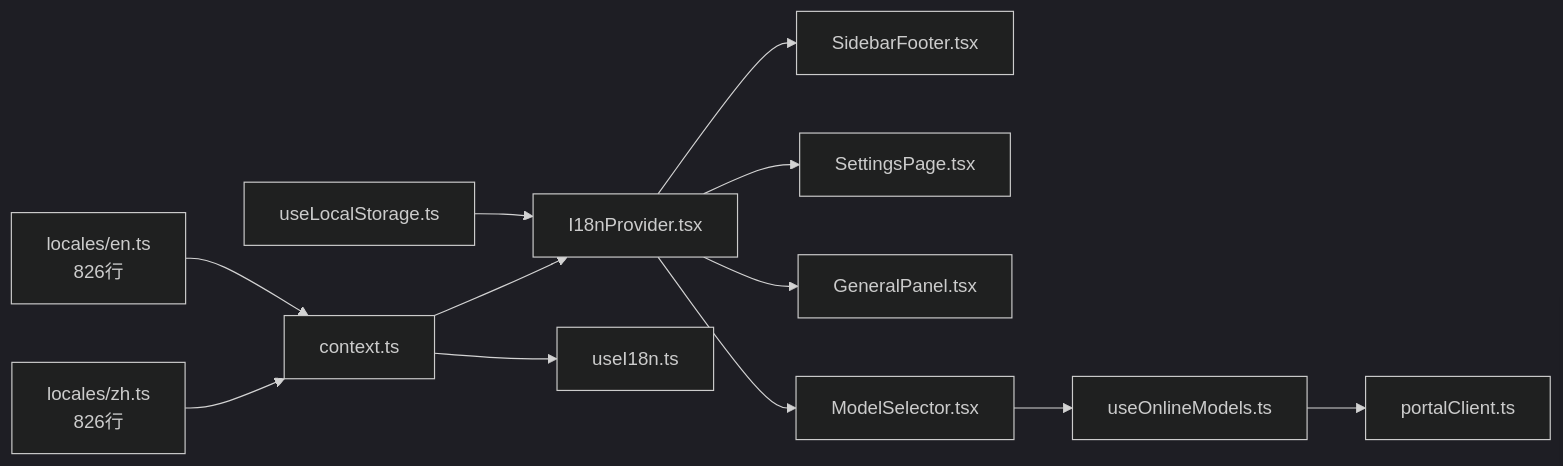
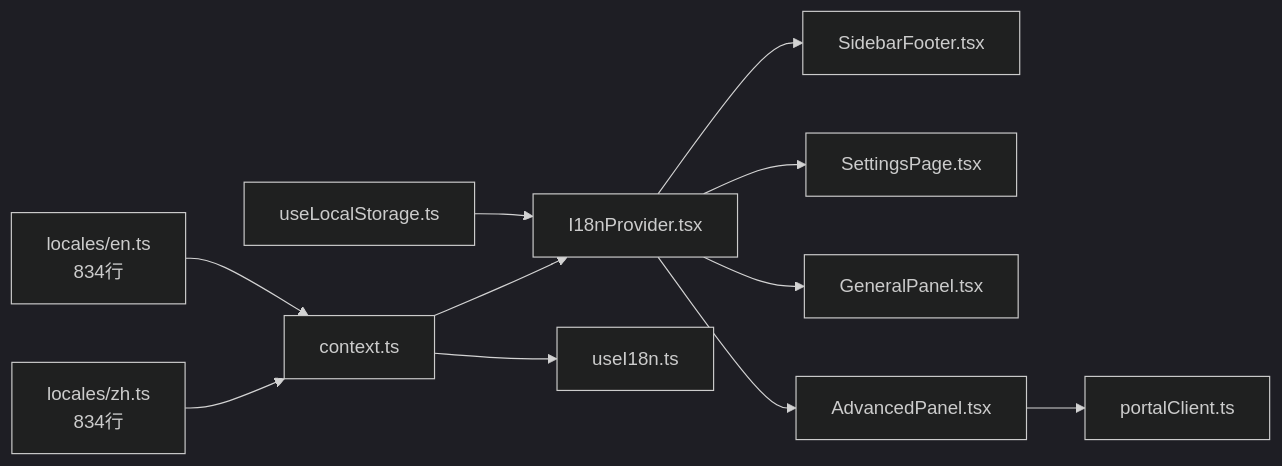
One commit to RabbitAI-Lab/RabbitCoding changed the seventh of 7 diagrams in .qoder/repowiki/zh/content/国际化支持.md. Above: the diagram before and after it, drawn with Mermaid (dark theme). The commit also changed other lines of this file and 36 other files, not shown here.

````diff
--- a/.qoder/repowiki/zh/content/国际化支持.md
+++ b/.qoder/repowiki/zh/content/国际化支持.md
@@ -340,14 +333,13 @@
 ```mermaid
 graph LR
 LS["useLocalStorage.ts"] --> IDX["I18nProvider.tsx"]
 CTX["context.ts"] --> IDX
 CTX --> USE["useI18n.ts"]
 IDX --> UI1["SidebarFooter.tsx"]
 IDX --> UI2["SettingsPage.tsx"]
 IDX --> UI3["GeneralPanel.tsx"]
-IDX --> UI4["ModelSelector.tsx"]
-UI4 --> ENDO["useOnlineModels.ts"]
-ENDO --> PC["portalClient.ts"]
-LOCALE_EN["locales/en.ts<br/>826行"] --> CTX
-LOCALE_ZH["locales/zh.ts<br/>826行"] --> CTX
+IDX --> UI4["AdvancedPanel.tsx"]
+UI4 --> PC["portalClient.ts"]
+LOCALE_EN["locales/en.ts<br/>834行"] --> CTX
+LOCALE_ZH["locales/zh.ts<br/>834行"] --> CTX
 ```
````
